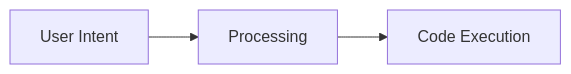
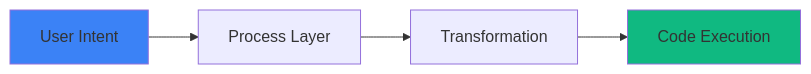
Before and after one commit to asifhussain60/CORTEX: the diagram in docs/diagrams/mermaid/03-information-flow.mmd, drawn with Mermaid. The commit also changed 116 other files, not shown here.

First line of the commit message:
docs: Update documentation structure, diagrams, and narratives

```diff
--- a/docs/diagrams/mermaid/03-information-flow.mmd
+++ b/docs/diagrams/mermaid/03-information-flow.mmd
@@ -1,7 +1,7 @@
-graph LR
-    Source[User Intent]
-    Processing[Processing]
-    Target[Code Execution]
+flowchart LR
+    A[User Intent] --> B[Process Layer]
+    B --> C[Transformation]
+    C --> D[Code Execution]
     
-    Source --> Processing
-    Processing --> Target
+    style A fill:#3B82F6
+    style D fill:#10B981
```
